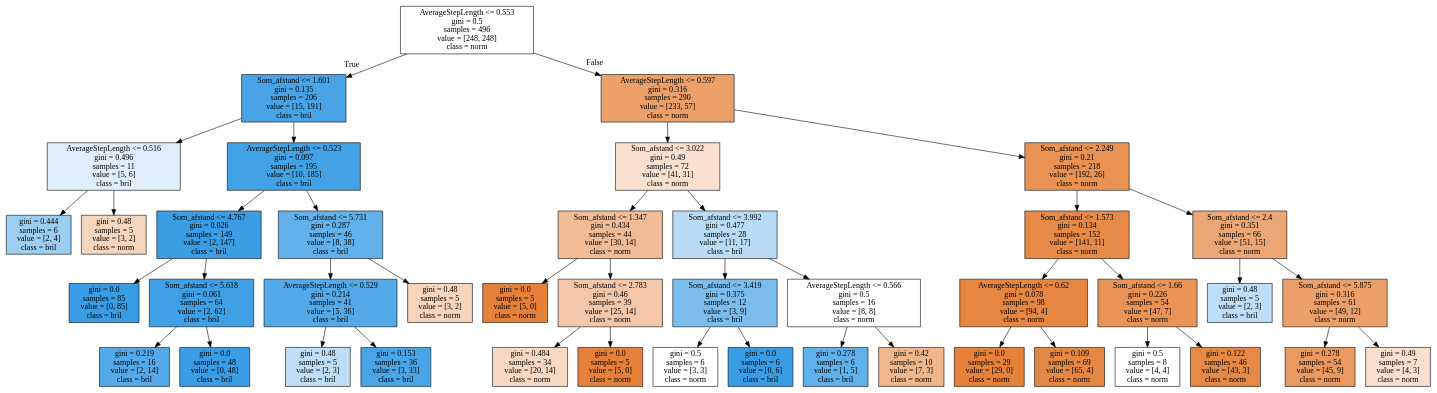
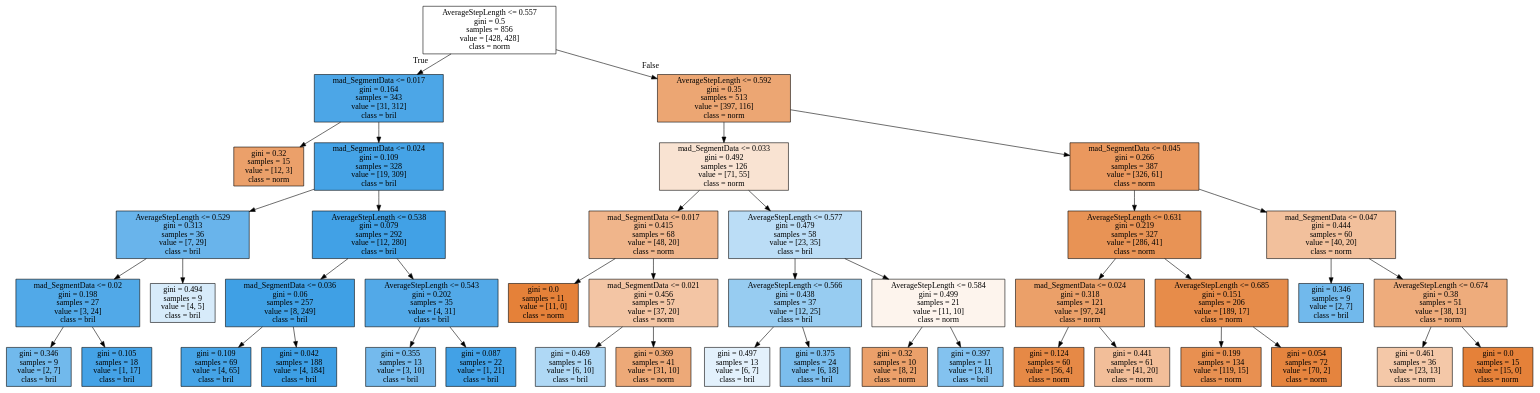
Before and after one commit to VivienvV/fallrisk: the diagram in Machine_learning/tree.dot, drawn with Graphviz. The commit also changed 3 other files, not shown here.

Commit message:
decision tree met mad data

```diff
--- a/Machine_learning/tree.dot
+++ b/Machine_learning/tree.dot
@@ -1,88 +1,88 @@
 digraph Tree {
 node [shape=box, style="filled", color="black"] ;
-0 [label="AverageStepLength <= 0.553\ngini = 0.5\nsamples = 496\nvalue = [248, 248]\nclass = norm", fillcolor="#e5813900"] ;
-1 [label="Som_afstand <= 1.601\ngini = 0.135\nsamples = 206\nvalue = [15, 191]\nclass = bril", fillcolor="#399de5eb"] ;
+0 [label="AverageStepLength <= 0.557\ngini = 0.5\nsamples = 856\nvalue = [428, 428]\nclass = norm", fillcolor="#e5813900"] ;
+1 [label="mad_SegmentData <= 0.017\ngini = 0.164\nsamples = 343\nvalue = [31, 312]\nclass = bril", fillcolor="#399de5e6"] ;
 0 -> 1 [labeldistance=2.5, labelangle=45, headlabel="True"] ;
-2 [label="AverageStepLength <= 0.516\ngini = 0.496\nsamples = 11\nvalue = [5, 6]\nclass = bril", fillcolor="#399de52a"] ;
+2 [label="gini = 0.32\nsamples = 15\nvalue = [12, 3]\nclass = norm", fillcolor="#e58139bf"] ;
 1 -> 2 ;
-3 [label="gini = 0.444\nsamples = 6\nvalue = [2, 4]\nclass = bril", fillcolor="#399de57f"] ;
-2 -> 3 ;
-4 [label="gini = 0.48\nsamples = 5\nvalue = [3, 2]\nclass = norm", fillcolor="#e5813955"] ;
-2 -> 4 ;
-5 [label="AverageStepLength <= 0.523\ngini = 0.097\nsamples = 195\nvalue = [10, 185]\nclass = bril", fillcolor="#399de5f1"] ;
-1 -> 5 ;
-6 [label="Som_afstand <= 4.767\ngini = 0.026\nsamples = 149\nvalue = [2, 147]\nclass = bril", fillcolor="#399de5fc"] ;
+3 [label="mad_SegmentData <= 0.024\ngini = 0.109\nsamples = 328\nvalue = [19, 309]\nclass = bril", fillcolor="#399de5ef"] ;
+1 -> 3 ;
+4 [label="AverageStepLength <= 0.529\ngini = 0.313\nsamples = 36\nvalue = [7, 29]\nclass = bril", fillcolor="#399de5c1"] ;
+3 -> 4 ;
+5 [label="mad_SegmentData <= 0.02\ngini = 0.198\nsamples = 27\nvalue = [3, 24]\nclass = bril", fillcolor="#399de5df"] ;
+4 -> 5 ;
+6 [label="gini = 0.346\nsamples = 9\nvalue = [2, 7]\nclass = bril", fillcolor="#399de5b6"] ;
 5 -> 6 ;
-7 [label="gini = 0.0\nsamples = 85\nvalue = [0, 85]\nclass = bril", fillcolor="#399de5ff"] ;
-6 -> 7 ;
-8 [label="Som_afstand <= 5.618\ngini = 0.061\nsamples = 64\nvalue = [2, 62]\nclass = bril", fillcolor="#399de5f7"] ;
-6 -> 8 ;
-9 [label="gini = 0.219\nsamples = 16\nvalue = [2, 14]\nclass = bril", fillcolor="#399de5db"] ;
-8 -> 9 ;
-10 [label="gini = 0.0\nsamples = 48\nvalue = [0, 48]\nclass = bril", fillcolor="#399de5ff"] ;
-8 -> 10 ;
-11 [label="Som_afstand <= 5.731\ngini = 0.287\nsamples = 46\nvalue = [8, 38]\nclass = bril", fillcolor="#399de5c9"] ;
-5 -> 11 ;
-12 [label="AverageStepLength <= 0.529\ngini = 0.214\nsamples = 41\nvalue = [5, 36]\nclass = bril", fillcolor="#399de5dc"] ;
-11 -> 12 ;
-13 [label="gini = 0.48\nsamples = 5\nvalue = [2, 3]\nclass = bril", fillcolor="#399de555"] ;
-12 -> 13 ;
-14 [label="gini = 0.153\nsamples = 36\nvalue = [3, 33]\nclass = bril", fillcolor="#399de5e8"] ;
-12 -> 14 ;
-15 [label="gini = 0.48\nsamples = 5\nvalue = [3, 2]\nclass = norm", fillcolor="#e5813955"] ;
-11 -> 15 ;
-16 [label="AverageStepLength <= 0.597\ngini = 0.316\nsamples = 290\nvalue = [233, 57]\nclass = norm", fillcolor="#e58139c1"] ;
+7 [label="gini = 0.105\nsamples = 18\nvalue = [1, 17]\nclass = bril", fillcolor="#399de5f0"] ;
+5 -> 7 ;
+8 [label="gini = 0.494\nsamples = 9\nvalue = [4, 5]\nclass = bril", fillcolor="#399de533"] ;
+4 -> 8 ;
+9 [label="AverageStepLength <= 0.538\ngini = 0.079\nsamples = 292\nvalue = [12, 280]\nclass = bril", fillcolor="#399de5f4"] ;
+3 -> 9 ;
+10 [label="mad_SegmentData <= 0.036\ngini = 0.06\nsamples = 257\nvalue = [8, 249]\nclass = bril", fillcolor="#399de5f7"] ;
+9 -> 10 ;
+11 [label="gini = 0.109\nsamples = 69\nvalue = [4, 65]\nclass = bril", fillcolor="#399de5ef"] ;
+10 -> 11 ;
+12 [label="gini = 0.042\nsamples = 188\nvalue = [4, 184]\nclass = bril", fillcolor="#399de5f9"] ;
+10 -> 12 ;
+13 [label="AverageStepLength <= 0.543\ngini = 0.202\nsamples = 35\nvalue = [4, 31]\nclass = bril", fillcolor="#399de5de"] ;
+9 -> 13 ;
+14 [label="gini = 0.355\nsamples = 13\nvalue = [3, 10]\nclass = bril", fillcolor="#399de5b3"] ;
+13 -> 14 ;
+15 [label="gini = 0.087\nsamples = 22\nvalue = [1, 21]\nclass = bril", fillcolor="#399de5f3"] ;
+13 -> 15 ;
+16 [label="AverageStepLength <= 0.592\ngini = 0.35\nsamples = 513\nvalue = [397, 116]\nclass = norm", fillcolor="#e58139b4"] ;
 0 -> 16 [labeldistance=2.5, labelangle=-45, headlabel="False"] ;
-17 [label="Som_afstand <= 3.022\ngini = 0.49\nsamples = 72\nvalue = [41, 31]\nclass = norm", fillcolor="#e581393e"] ;
+17 [label="mad_SegmentData <= 0.033\ngini = 0.492\nsamples = 126\nvalue = [71, 55]\nclass = norm", fillcolor="#e5813939"] ;
 16 -> 17 ;
-18 [label="Som_afstand <= 1.347\ngini = 0.434\nsamples = 44\nvalue = [30, 14]\nclass = norm", fillcolor="#e5813988"] ;
+18 [label="mad_SegmentData <= 0.017\ngini = 0.415\nsamples = 68\nvalue = [48, 20]\nclass = norm", fillcolor="#e5813995"] ;
 17 -> 18 ;
-19 [label="gini = 0.0\nsamples = 5\nvalue = [5, 0]\nclass = norm", fillcolor="#e58139ff"] ;
+19 [label="gini = 0.0\nsamples = 11\nvalue = [11, 0]\nclass = norm", fillcolor="#e58139ff"] ;
 18 -> 19 ;
-20 [label="Som_afstand <= 2.783\ngini = 0.46\nsamples = 39\nvalue = [25, 14]\nclass = norm", fillcolor="#e5813970"] ;
+20 [label="mad_SegmentData <= 0.021\ngini = 0.456\nsamples = 57\nvalue = [37, 20]\nclass = norm", fillcolor="#e5813975"] ;
 18 -> 20 ;
-21 [label="gini = 0.484\nsamples = 34\nvalue = [20, 14]\nclass = norm", fillcolor="#e581394d"] ;
+21 [label="gini = 0.469\nsamples = 16\nvalue = [6, 10]\nclass = bril", fillcolor="#399de566"] ;
 20 -> 21 ;
-22 [label="gini = 0.0\nsamples = 5\nvalue = [5, 0]\nclass = norm", fillcolor="#e58139ff"] ;
+22 [label="gini = 0.369\nsamples = 41\nvalue = [31, 10]\nclass = norm", fillcolor="#e58139ad"] ;
 20 -> 22 ;
-23 [label="Som_afstand <= 3.992\ngini = 0.477\nsamples = 28\nvalue = [11, 17]\nclass = bril", fillcolor="#399de55a"] ;
+23 [label="AverageStepLength <= 0.577\ngini = 0.479\nsamples = 58\nvalue = [23, 35]\nclass = bril", fillcolor="#399de557"] ;
 17 -> 23 ;
-24 [label="Som_afstand <= 3.419\ngini = 0.375\nsamples = 12\nvalue = [3, 9]\nclass = bril", fillcolor="#399de5aa"] ;
+24 [label="AverageStepLength <= 0.566\ngini = 0.438\nsamples = 37\nvalue = [12, 25]\nclass = bril", fillcolor="#399de585"] ;
 23 -> 24 ;
-25 [label="gini = 0.5\nsamples = 6\nvalue = [3, 3]\nclass = norm", fillcolor="#e5813900"] ;
+25 [label="gini = 0.497\nsamples = 13\nvalue = [6, 7]\nclass = bril", fillcolor="#399de524"] ;
 24 -> 25 ;
-26 [label="gini = 0.0\nsamples = 6\nvalue = [0, 6]\nclass = bril", fillcolor="#399de5ff"] ;
+26 [label="gini = 0.375\nsamples = 24\nvalue = [6, 18]\nclass = bril", fillcolor="#399de5aa"] ;
 24 -> 26 ;
-27 [label="AverageStepLength <= 0.566\ngini = 0.5\nsamples = 16\nvalue = [8, 8]\nclass = norm", fillcolor="#e5813900"] ;
+27 [label="AverageStepLength <= 0.584\ngini = 0.499\nsamples = 21\nvalue = [11, 10]\nclass = norm", fillcolor="#e5813917"] ;
 23 -> 27 ;
-28 [label="gini = 0.278\nsamples = 6\nvalue = [1, 5]\nclass = bril", fillcolor="#399de5cc"] ;
+28 [label="gini = 0.32\nsamples = 10\nvalue = [8, 2]\nclass = norm", fillcolor="#e58139bf"] ;
 27 -> 28 ;
-29 [label="gini = 0.42\nsamples = 10\nvalue = [7, 3]\nclass = norm", fillcolor="#e5813992"] ;
+29 [label="gini = 0.397\nsamples = 11\nvalue = [3, 8]\nclass = bril", fillcolor="#399de59f"] ;
 27 -> 29 ;
-30 [label="Som_afstand <= 2.249\ngini = 0.21\nsamples = 218\nvalue = [192, 26]\nclass = norm", fillcolor="#e58139dc"] ;
+30 [label="mad_SegmentData <= 0.045\ngini = 0.266\nsamples = 387\nvalue = [326, 61]\nclass = norm", fillcolor="#e58139cf"] ;
 16 -> 30 ;
-31 [label="Som_afstand <= 1.573\ngini = 0.134\nsamples = 152\nvalue = [141, 11]\nclass = norm", fillcolor="#e58139eb"] ;
+31 [label="AverageStepLength <= 0.631\ngini = 0.219\nsamples = 327\nvalue = [286, 41]\nclass = norm", fillcolor="#e58139da"] ;
 30 -> 31 ;
-32 [label="AverageStepLength <= 0.62\ngini = 0.078\nsamples = 98\nvalue = [94, 4]\nclass = norm", fillcolor="#e58139f4"] ;
+32 [label="mad_SegmentData <= 0.024\ngini = 0.318\nsamples = 121\nvalue = [97, 24]\nclass = norm", fillcolor="#e58139c0"] ;
 31 -> 32 ;
-33 [label="gini = 0.0\nsamples = 29\nvalue = [29, 0]\nclass = norm", fillcolor="#e58139ff"] ;
+33 [label="gini = 0.124\nsamples = 60\nvalue = [56, 4]\nclass = norm", fillcolor="#e58139ed"] ;
 32 -> 33 ;
-34 [label="gini = 0.109\nsamples = 69\nvalue = [65, 4]\nclass = norm", fillcolor="#e58139ef"] ;
+34 [label="gini = 0.441\nsamples = 61\nvalue = [41, 20]\nclass = norm", fillcolor="#e5813983"] ;
 32 -> 34 ;
-35 [label="Som_afstand <= 1.66\ngini = 0.226\nsamples = 54\nvalue = [47, 7]\nclass = norm", fillcolor="#e58139d9"] ;
+35 [label="AverageStepLength <= 0.685\ngini = 0.151\nsamples = 206\nvalue = [189, 17]\nclass = norm", fillcolor="#e58139e8"] ;
 31 -> 35 ;
-36 [label="gini = 0.5\nsamples = 8\nvalue = [4, 4]\nclass = norm", fillcolor="#e5813900"] ;
+36 [label="gini = 0.199\nsamples = 134\nvalue = [119, 15]\nclass = norm", fillcolor="#e58139df"] ;
 35 -> 36 ;
-37 [label="gini = 0.122\nsamples = 46\nvalue = [43, 3]\nclass = norm", fillcolor="#e58139ed"] ;
+37 [label="gini = 0.054\nsamples = 72\nvalue = [70, 2]\nclass = norm", fillcolor="#e58139f8"] ;
 35 -> 37 ;
-38 [label="Som_afstand <= 2.4\ngini = 0.351\nsamples = 66\nvalue = [51, 15]\nclass = norm", fillcolor="#e58139b4"] ;
+38 [label="mad_SegmentData <= 0.047\ngini = 0.444\nsamples = 60\nvalue = [40, 20]\nclass = norm", fillcolor="#e581397f"] ;
 30 -> 38 ;
-39 [label="gini = 0.48\nsamples = 5\nvalue = [2, 3]\nclass = bril", fillcolor="#399de555"] ;
+39 [label="gini = 0.346\nsamples = 9\nvalue = [2, 7]\nclass = bril", fillcolor="#399de5b6"] ;
 38 -> 39 ;
-40 [label="Som_afstand <= 5.875\ngini = 0.316\nsamples = 61\nvalue = [49, 12]\nclass = norm", fillcolor="#e58139c1"] ;
+40 [label="AverageStepLength <= 0.674\ngini = 0.38\nsamples = 51\nvalue = [38, 13]\nclass = norm", fillcolor="#e58139a8"] ;
 38 -> 40 ;
-41 [label="gini = 0.278\nsamples = 54\nvalue = [45, 9]\nclass = norm", fillcolor="#e58139cc"] ;
+41 [label="gini = 0.461\nsamples = 36\nvalue = [23, 13]\nclass = norm", fillcolor="#e581396f"] ;
 40 -> 41 ;
-42 [label="gini = 0.49\nsamples = 7\nvalue = [4, 3]\nclass = norm", fillcolor="#e5813940"] ;
+42 [label="gini = 0.0\nsamples = 15\nvalue = [15, 0]\nclass = norm", fillcolor="#e58139ff"] ;
 40 -> 42 ;
 }
```
